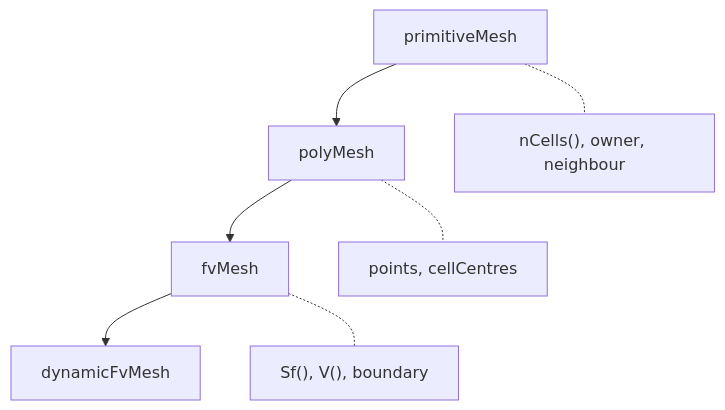
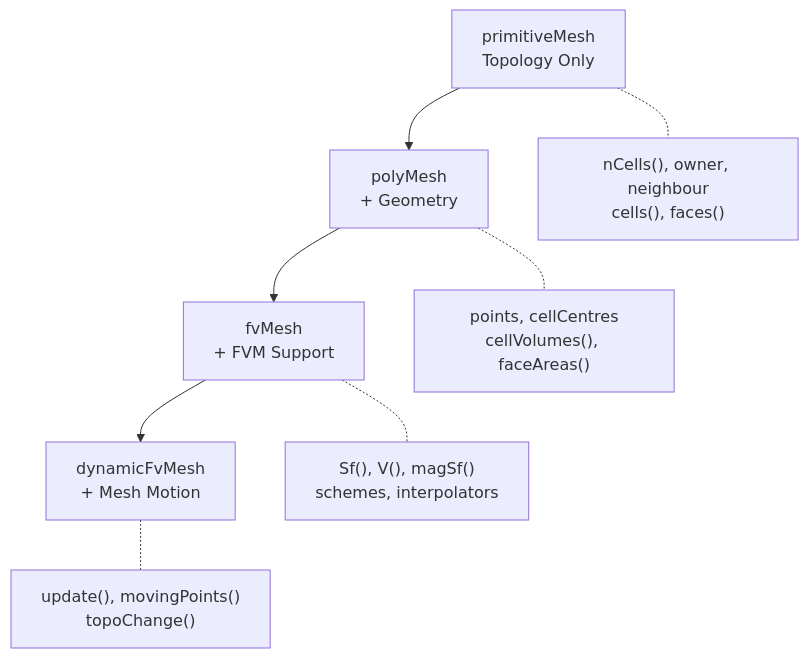
One commit to wramet/build-my-cfd changed the diagram in MODULE_05_OPENFOAM_PROGRAMMING/CONTENT/04_MESH_CLASSES/00_Overview.md. Above: the diagram before and after it, drawn with Mermaid. The commit also changed other lines of this file and 124 other files, not shown here.

````diff
--- a/MODULE_05_OPENFOAM_PROGRAMMING/CONTENT/04_MESH_CLASSES/00_Overview.md
+++ b/MODULE_05_OPENFOAM_PROGRAMMING/CONTENT/04_MESH_CLASSES/00_Overview.md
@@ -20,10 +51,11 @@
 ```mermaid
 flowchart TD
-    A[primitiveMesh] --> B[polyMesh]
-    B --> C[fvMesh]
-    C --> D[dynamicFvMesh]
+    A[primitiveMesh<br/>Topology Only] --> B[polyMesh<br/>+ Geometry]
+    B --> C[fvMesh<br/>+ FVM Support]
+    C --> D[dynamicFvMesh<br/>+ Mesh Motion]
     
-    A -.- A1["nCells(), owner, neighbour"]
-    B -.- B1["points, cellCentres"]
-    C -.- C1["Sf(), V(), boundary"]
+    A -.- A1["nCells(), owner, neighbour<br/>cells(), faces()"]
+    B -.- B1["points, cellCentres<br/>cellVolumes(), faceAreas()"]
+    C -.- C1["Sf(), V(), magSf()<br/>schemes, interpolators"]
+    D -.- D1["update(), movingPoints()<br/>topoChange()"]
 ```
````
